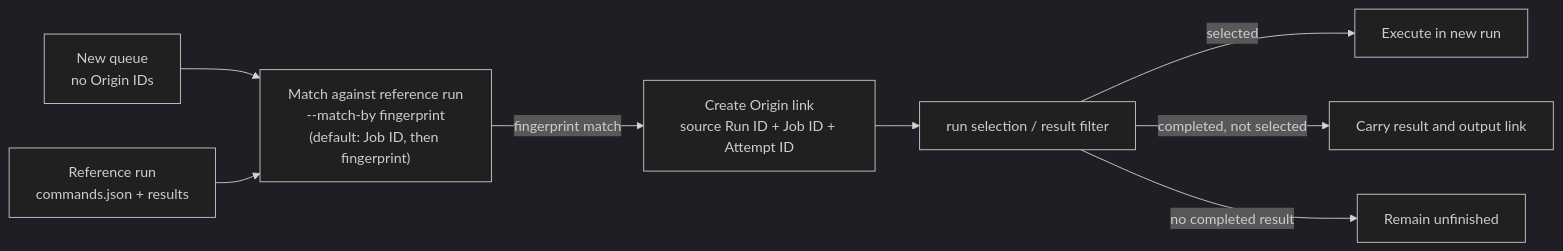
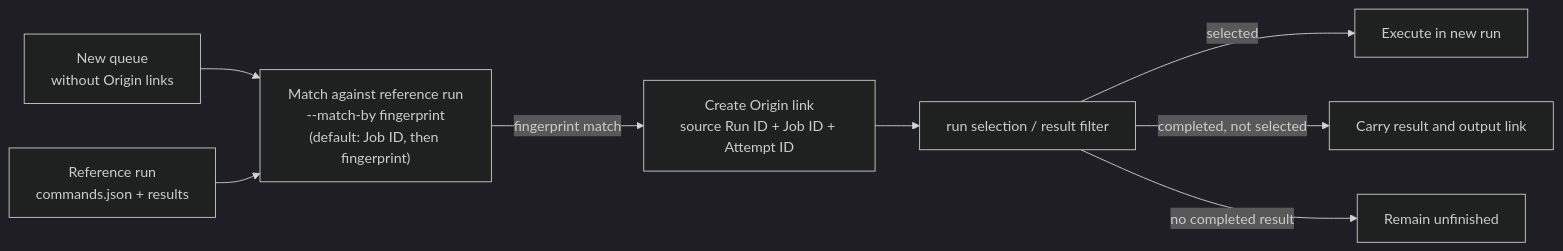
The second of 3 diagrams in docs/RUNNING.md (kamo-naoyuki/rotari), drawn with Mermaid (dark theme) before and after one commit. The commit also changed other lines of this file, not shown here.

````diff
--- a/docs/RUNNING.md
+++ b/docs/RUNNING.md
@@ -186,10 +192,10 @@
 ```mermaid
 flowchart LR
-  NewQueue["New queue<br/>no Origin IDs"] --> Match["Match against reference run<br/>--match-by fingerprint<br/>(default: Job ID, then fingerprint)"]
+  NewQueue["New queue<br/>without Origin links"] --> Match["Match against reference run<br/>--match-by fingerprint<br/>(default: Job ID, then fingerprint)"]
   Reference["Reference run<br/>commands.json + results"] --> Match
   Match -->|"fingerprint match"| Origin["Create Origin link<br/>source Run ID + Job ID + Attempt ID"]
   Origin --> Filter["run selection / result filter"]
   Filter -->|"selected"| Execute["Execute in new run"]
   Filter -->|"completed, not selected"| Carry["Carry result and output link"]
   Filter -->|"no completed result"| Unfinished["Remain unfinished"]
 ```
````
